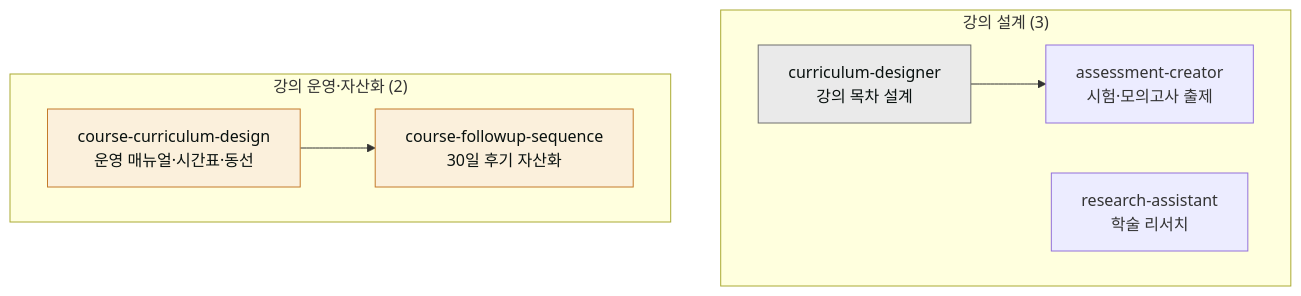
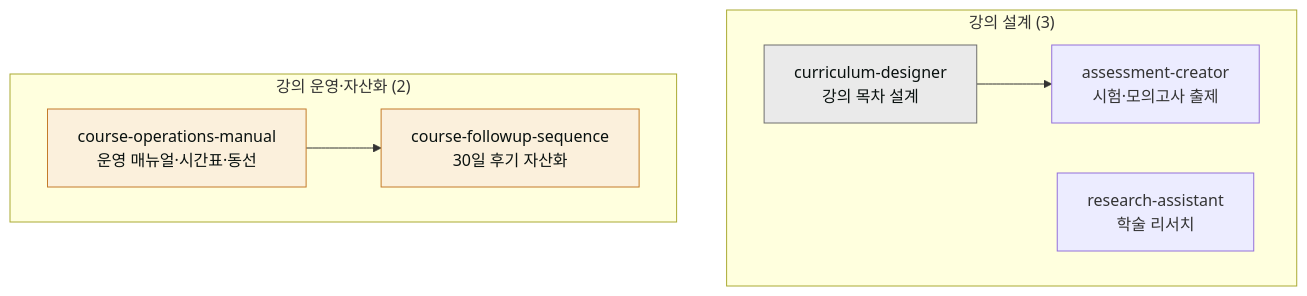
Before and after one commit to modu-ai/claude: the first of 2 diagrams in content/plugins/moai-education.md, drawn with Mermaid. The commit also changed other lines of this file and 1 other file, not shown here.

````diff
--- a/content/plugins/moai-education.md
+++ b/content/plugins/moai-education.md
@@ -13,17 +13,17 @@
 ```mermaid
 flowchart TD
     subgraph 설계["강의 설계 (3)"]
         A["curriculum-designer<br/>강의 목차 설계"]
         B["assessment-creator<br/>시험·모의고사 출제"]
         C["research-assistant<br/>학술 리서치"]
     end
     subgraph 운영["강의 운영·자산화 (2)"]
-        D["course-curriculum-design<br/>운영 매뉴얼·시간표·동선"]
+        D["course-operations-manual<br/>운영 매뉴얼·시간표·동선"]
         E["course-followup-sequence<br/>30일 후기 자산화"]
     end
     A --> B
     D --> E
     style A fill:#eaeaea,stroke:#6e6e6e,color:#09110f
     style D fill:#fbf0dc,stroke:#c47b2a,color:#09110f
     style E fill:#fbf0dc,stroke:#c47b2a,color:#09110f
 ```
````
